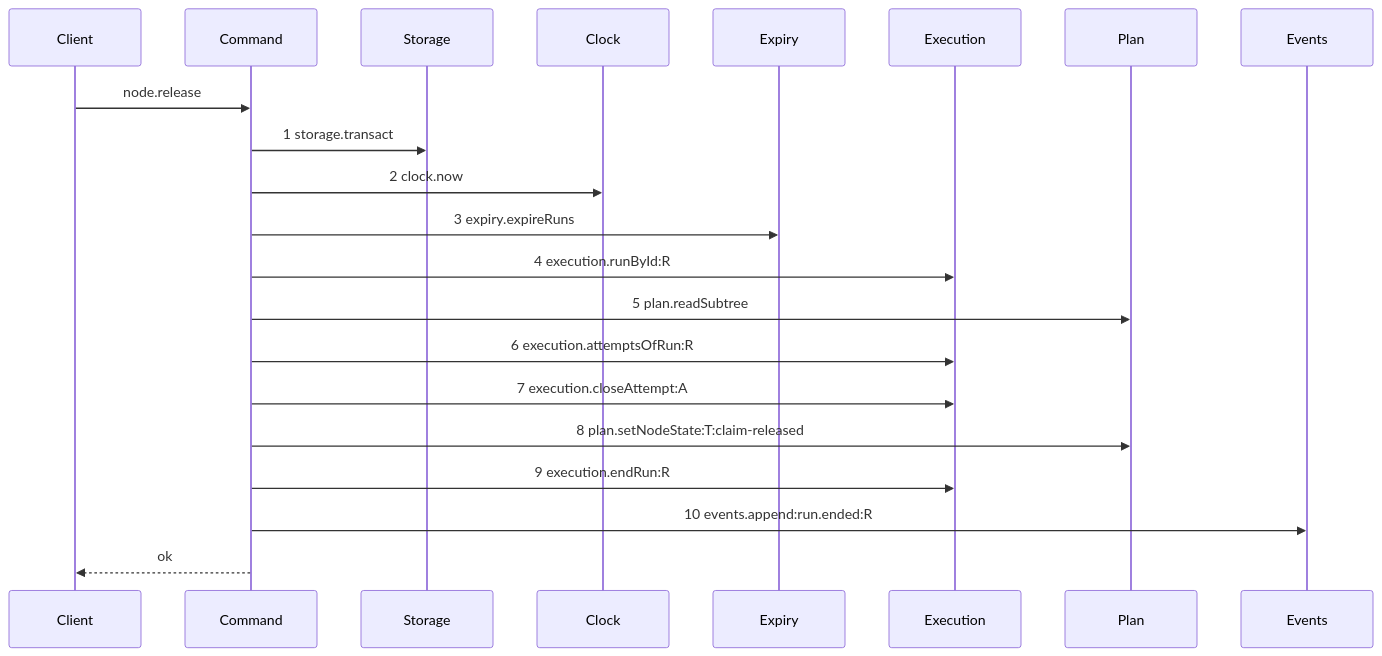
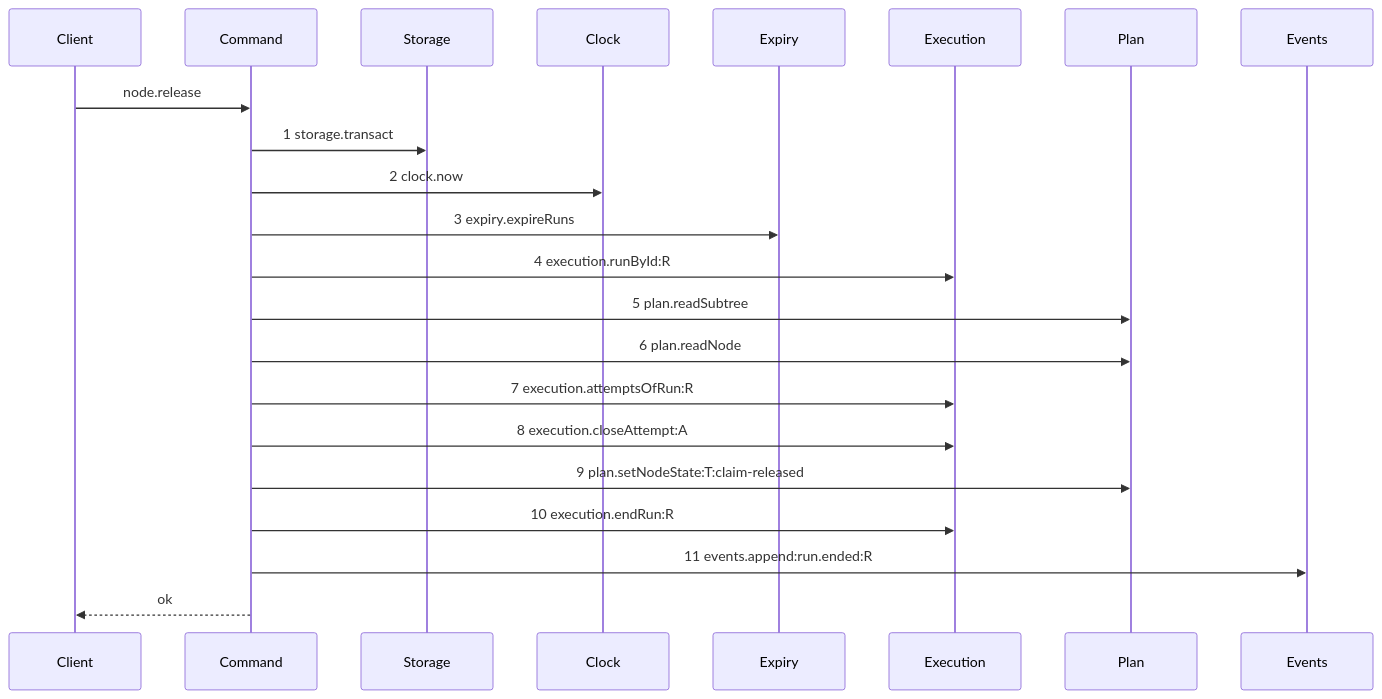
Before and after one commit to kanthorlabs/kanthord-engine: the diagram in .agents/plan/stories/050.4-the-node-lease-removal/05-the-release-drops-the-lease.md, drawn with Mermaid. The commit also changed other lines of this file and 38 other files, not shown here.

````diff
--- a/.agents/plan/stories/050.4-the-node-lease-removal/05-the-release-drops-the-lease.md
+++ b/.agents/plan/stories/050.4-the-node-lease-removal/05-the-release-drops-the-lease.md
@@ -38,23 +38,24 @@
 ```mermaid
 sequenceDiagram
     participant Client
     participant Command
     participant Storage
     participant Clock
     participant Expiry
     participant Execution
     participant Plan
     participant Events
     Client->>Command: node.release
     Command->>Storage: 1 storage.transact
     Command->>Clock: 2 clock.now
     Command->>Expiry: 3 expiry.expireRuns
     Command->>Execution: 4 execution.runById:R
     Command->>Plan: 5 plan.readSubtree
-    Command->>Execution: 6 execution.attemptsOfRun:R
-    Command->>Execution: 7 execution.closeAttempt:A
-    Command->>Plan: 8 plan.setNodeState:T:claim-released
-    Command->>Execution: 9 execution.endRun:R
-    Command->>Events: 10 events.append:run.ended:R
+    Command->>Plan: 6 plan.readNode
+    Command->>Execution: 7 execution.attemptsOfRun:R
+    Command->>Execution: 8 execution.closeAttempt:A
+    Command->>Plan: 9 plan.setNodeState:T:claim-released
+    Command->>Execution: 10 execution.endRun:R
+    Command->>Events: 11 events.append:run.ended:R
     Command-->>Client: ok
 ```
````
